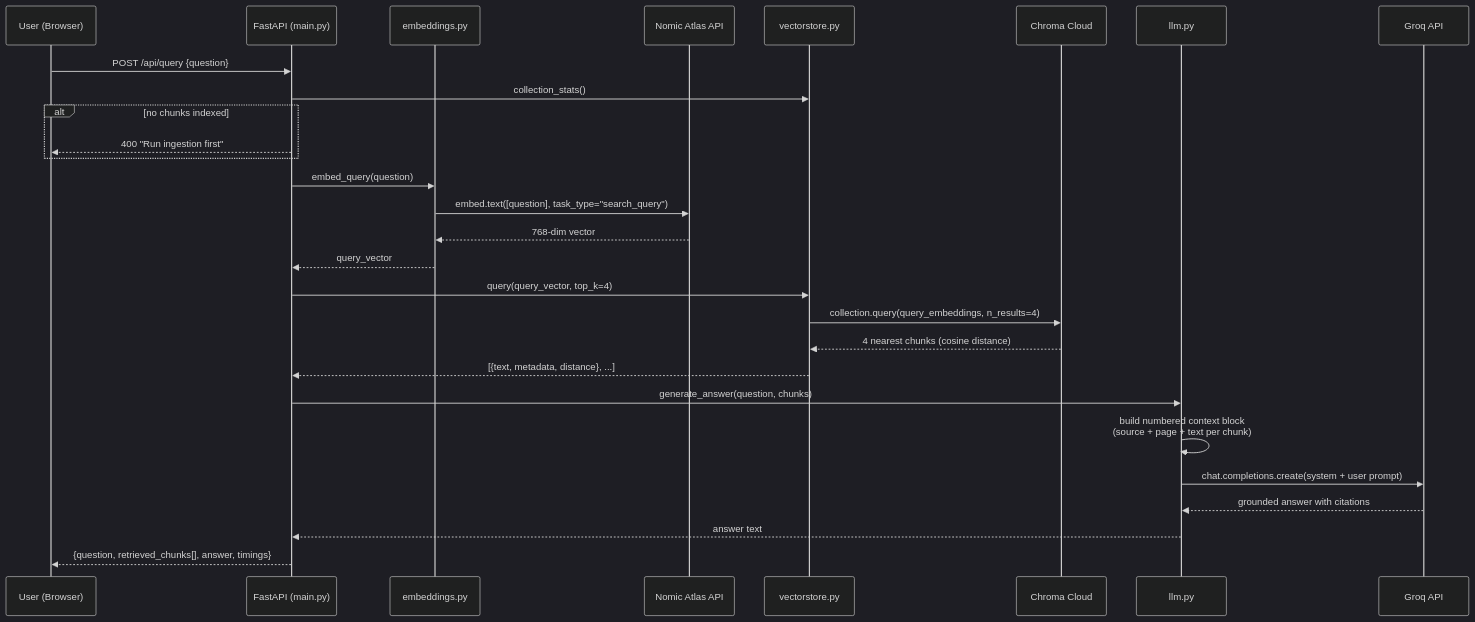
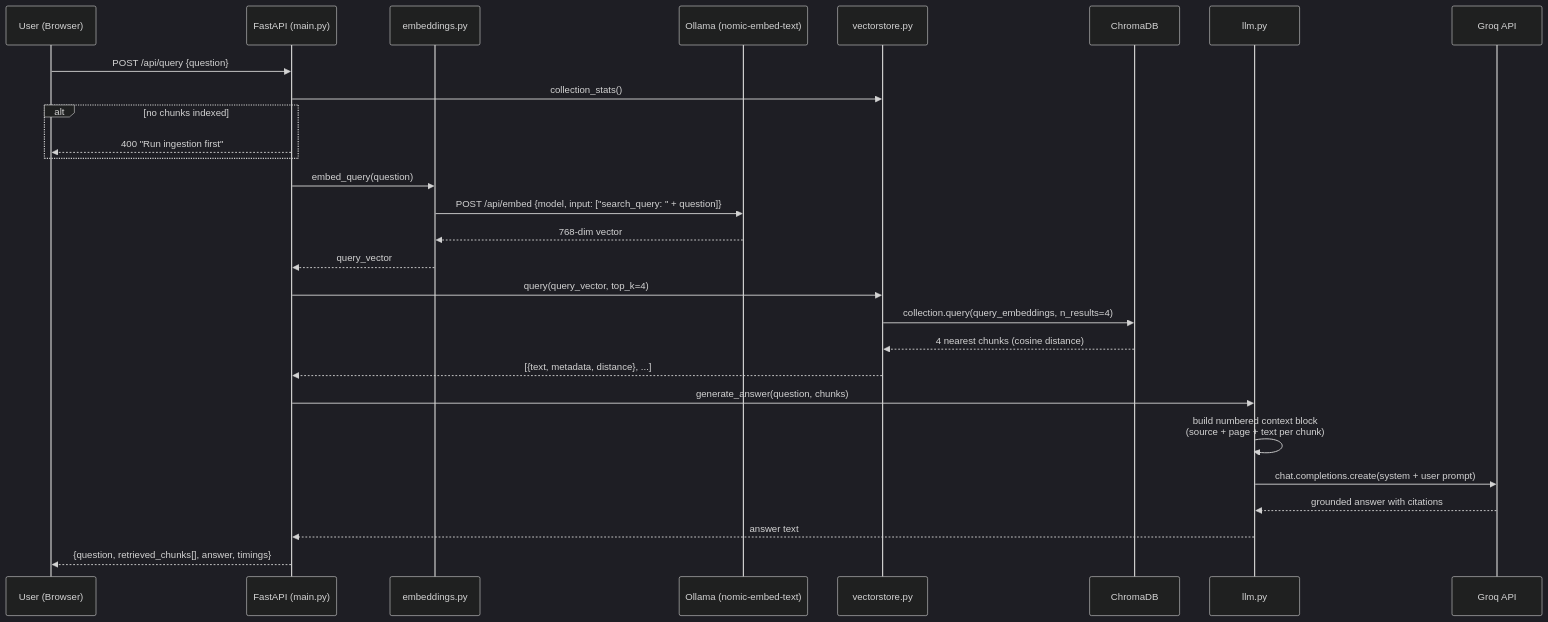
Before and after one commit to nitingawali27/rag-knowledge-explorer: the fourth of 6 diagrams in Flow_Control.md, drawn with Mermaid (dark theme). The commit also changed other lines of this file and 14 other files, not shown here.

First line of the commit message:
Revert backend to local Ollama + local ChromaDB, drop Vercel deployment

````diff
--- a/Flow_Control.md
+++ b/Flow_Control.md
@@ -124,35 +123,35 @@
 ```mermaid
 sequenceDiagram
     participant U as User (Browser)
     participant API as FastAPI (main.py)
     participant EMB as embeddings.py
-    participant NOM as Nomic Atlas API
+    participant OLL as Ollama (nomic-embed-text)
     participant VS as vectorstore.py
-    participant DB as Chroma Cloud
+    participant DB as ChromaDB
     participant LLM as llm.py
     participant GROQ as Groq API
 
     U->>API: POST /api/query {question}
     API->>VS: collection_stats()
     alt no chunks indexed
         API-->>U: 400 "Run ingestion first"
     end
 
     API->>EMB: embed_query(question)
-    EMB->>NOM: embed.text([question], task_type="search_query")
-    NOM-->>EMB: 768-dim vector
+    EMB->>OLL: POST /api/embed {model, input: ["search_query: " + question]}
+    OLL-->>EMB: 768-dim vector
     EMB-->>API: query_vector
 
     API->>VS: query(query_vector, top_k=4)
     VS->>DB: collection.query(query_embeddings, n_results=4)
     DB-->>VS: 4 nearest chunks (cosine distance)
     VS-->>API: [{text, metadata, distance}, ...]
 
     API->>LLM: generate_answer(question, chunks)
     LLM->>LLM: build numbered context block<br/>(source + page + text per chunk)
     LLM->>GROQ: chat.completions.create(system + user prompt)
     GROQ-->>LLM: grounded answer with citations
     LLM-->>API: answer text
 
     API-->>U: {question, retrieved_chunks[], answer, timings}
 ```
````
